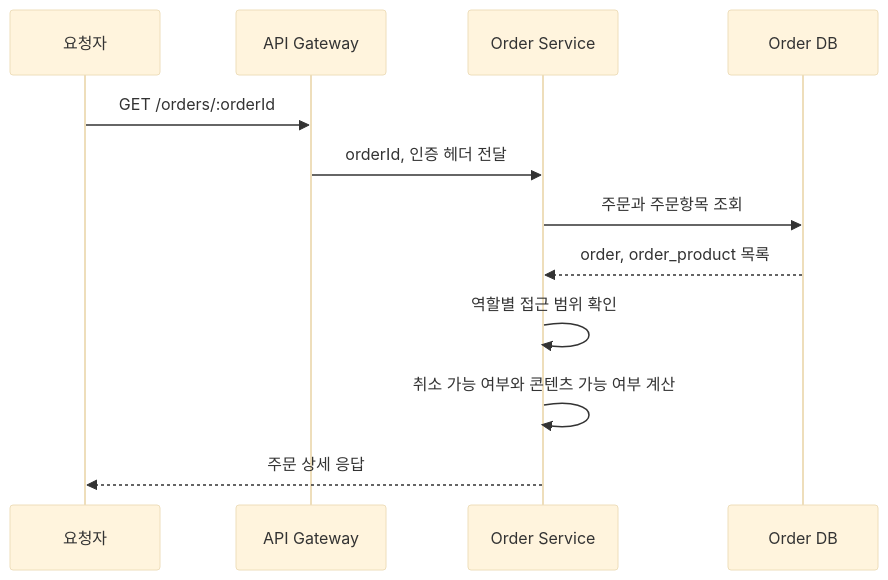
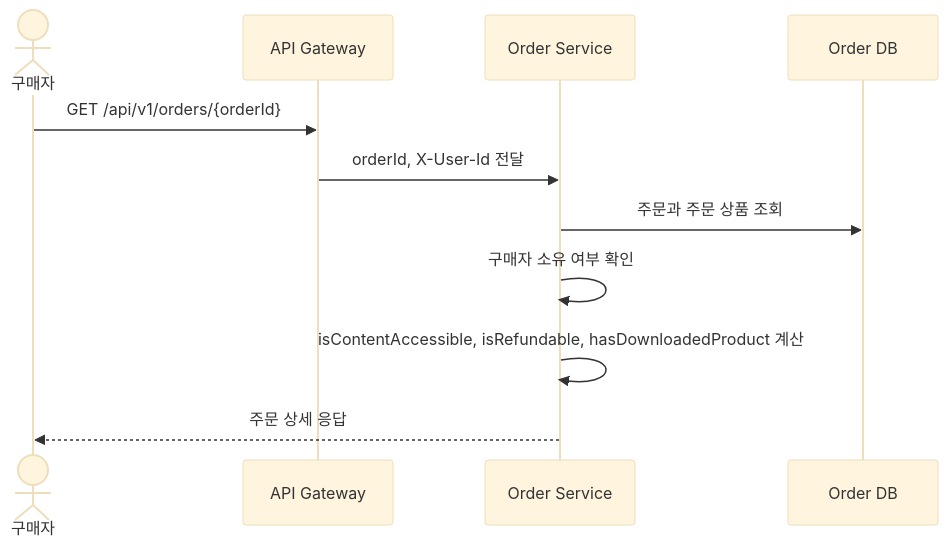
One commit to prgrms-be-adv-devcourse/beadv6_6_3JMT_BE changed the sixth of 15 diagrams in docs/architecture/order-usecase-detail.md. Above: the diagram before and after it, drawn with Mermaid (base theme). The commit also changed other lines of this file and 3 other files, not shown here.

````diff
--- a/docs/architecture/order-usecase-detail.md
+++ b/docs/architecture/order-usecase-detail.md
@@ -238,15 +194,14 @@
 ```mermaid
 sequenceDiagram
-    participant Requester as 요청자
+    actor Buyer as 구매자
     participant Gateway as API Gateway
     participant Order as Order Service
     participant DB as Order DB
 
-    Requester->>Gateway: GET /orders/:orderId
-    Gateway->>Order: orderId, 인증 헤더 전달
-    Order->>DB: 주문과 주문항목 조회
-    DB-->>Order: order, order_product 목록
-    Order->>Order: 역할별 접근 범위 확인
-    Order->>Order: 취소 가능 여부와 콘텐츠 가능 여부 계산
-    Order-->>Requester: 주문 상세 응답
+    Buyer->>Gateway: GET /api/v1/orders/{orderId}
+    Gateway->>Order: orderId, X-User-Id 전달
+    Order->>DB: 주문과 주문 상품 조회
+    Order->>Order: 구매자 소유 여부 확인
+    Order->>Order: isContentAccessible, isRefundable, hasDownloadedProduct 계산
+    Order-->>Buyer: 주문 상세 응답
 ```
````
